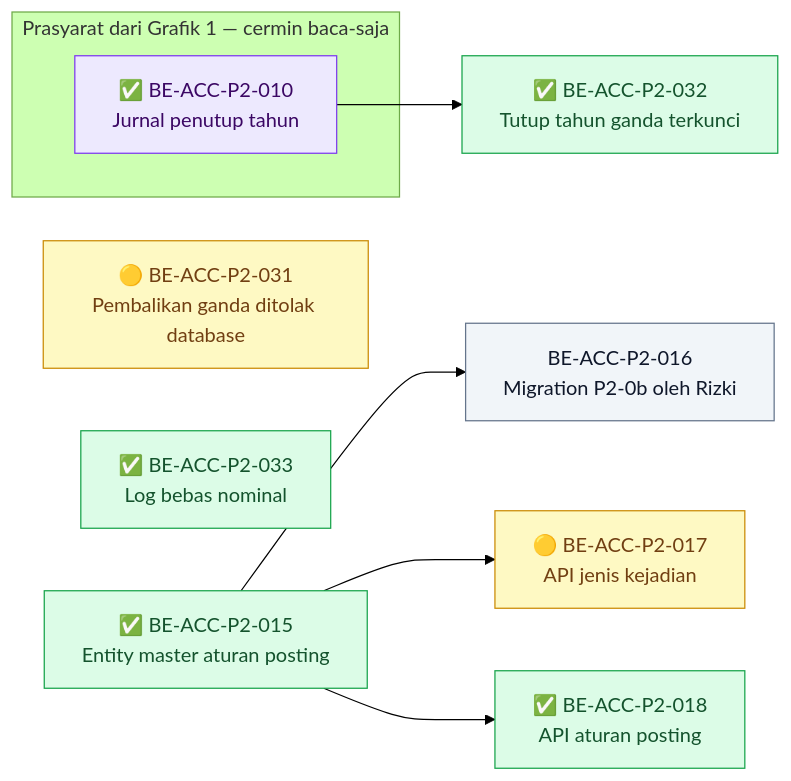
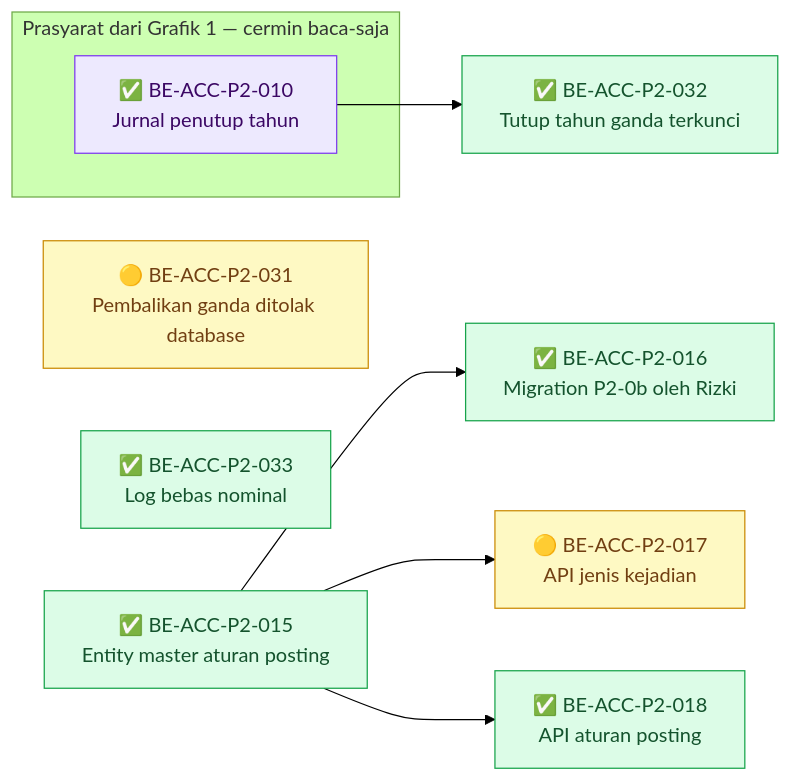
Before and after one commit to DevBenari/NewQuilvianSystemBackend: the third of 3 diagrams in docs/module-blueprints/accounting/roadmap/backend-roadmap-phase2.md, drawn with Mermaid (forest theme). The commit also changed other lines of this file and 1 other file, not shown here.

````diff
--- a/docs/module-blueprints/accounting/roadmap/backend-roadmap-phase2.md
+++ b/docs/module-blueprints/accounting/roadmap/backend-roadmap-phase2.md
@@ -119,25 +119,25 @@
 ```mermaid
 flowchart LR
     classDef selesai fill:#DCFCE7,stroke:#16A34A,color:#14532D
     classDef sebagian fill:#FEF9C3,stroke:#CA8A04,color:#713F12
     classDef terblokir fill:#FEE2E2,stroke:#DC2626,color:#7F1D1D
     classDef belum fill:#F1F5F9,stroke:#64748B,color:#0F172A
     classDef luar fill:#EDE9FE,stroke:#7C3AED,color:#3B0764
 
     subgraph cermin["Prasyarat dari Grafik 1 — cermin baca-saja"]
         MBEACCP2010["✅ BE-ACC-P2-010<br/>Jurnal penutup tahun"]:::luar
     end
 
     BEACCP2031["🟡 BE-ACC-P2-031<br/>Pembalikan ganda ditolak database"]:::sebagian
     BEACCP2032["✅ BE-ACC-P2-032<br/>Tutup tahun ganda terkunci"]:::selesai
     BEACCP2033["✅ BE-ACC-P2-033<br/>Log bebas nominal"]:::selesai
     BEACCP2015["✅ BE-ACC-P2-015<br/>Entity master aturan posting"]:::selesai
-    BEACCP2016["BE-ACC-P2-016<br/>Migration P2-0b oleh Rizki"]:::belum
+    BEACCP2016["✅ BE-ACC-P2-016<br/>Migration P2-0b oleh Rizki"]:::selesai
     BEACCP2017["🟡 BE-ACC-P2-017<br/>API jenis kejadian"]:::sebagian
     BEACCP2018["✅ BE-ACC-P2-018<br/>API aturan posting"]:::selesai
 
     MBEACCP2010 --> BEACCP2032
     BEACCP2015 --> BEACCP2016
     BEACCP2015 --> BEACCP2017
     BEACCP2015 --> BEACCP2018
 ```
````
